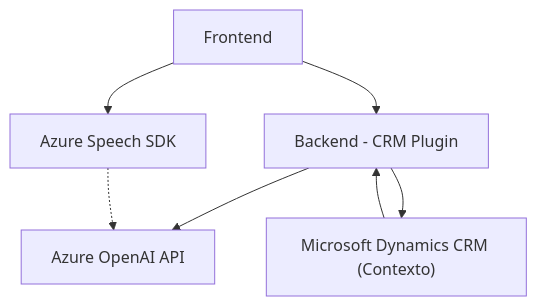
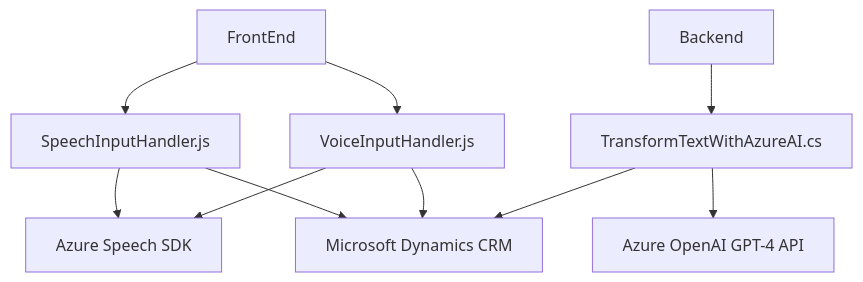
One commit to blopezdm/NETCORE_BILBAO2025 changed the diagram in README.md. Above: the diagram before and after it, drawn with Mermaid. The commit also changed other lines of this file, not shown here.

````diff
--- a/README.md
+++ b/README.md
@@ -53,15 +54,21 @@
 ```mermaid
 graph TD
-    A["Frontend"]
-    B["Backend - CRM Plugin"]
-    C["Microsoft Dynamics CRM (Contexto)"]
-    D["Azure Speech SDK"]
-    E["Azure OpenAI API"]
-    
-    A --> D
-    A --> B
-    B --> C
-    B --> E
-    C --> B
-    D -.-> E
+    A["FrontEnd"]
+    B["VoiceInputHandler.js"]
+    C["SpeechInputHandler.js"]
+    D["Backend"]
+    E["TransformTextWithAzureAI.cs"]
+    F["Azure Speech SDK"]
+    G["Azure OpenAI GPT-4 API"]
+    H["Microsoft Dynamics CRM"]
+
+    A-->B
+    A-->C
+    C-->F
+    C-->H
+    B-->F
+    B-->H
+    D-->E
+    E-->G
+    E-->H
 ```
````
